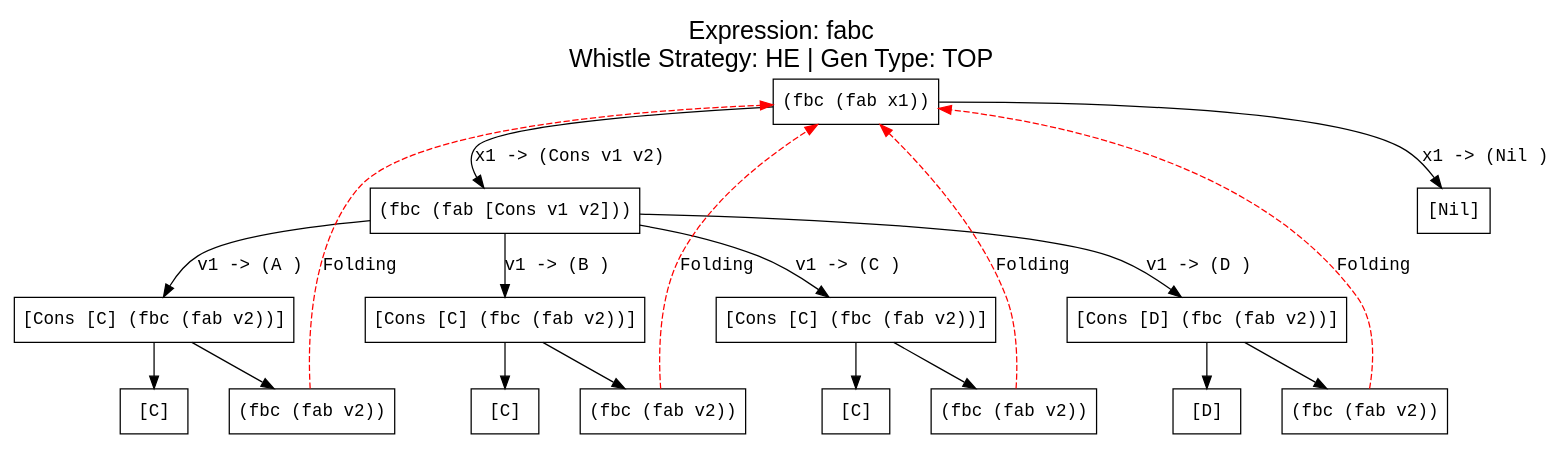
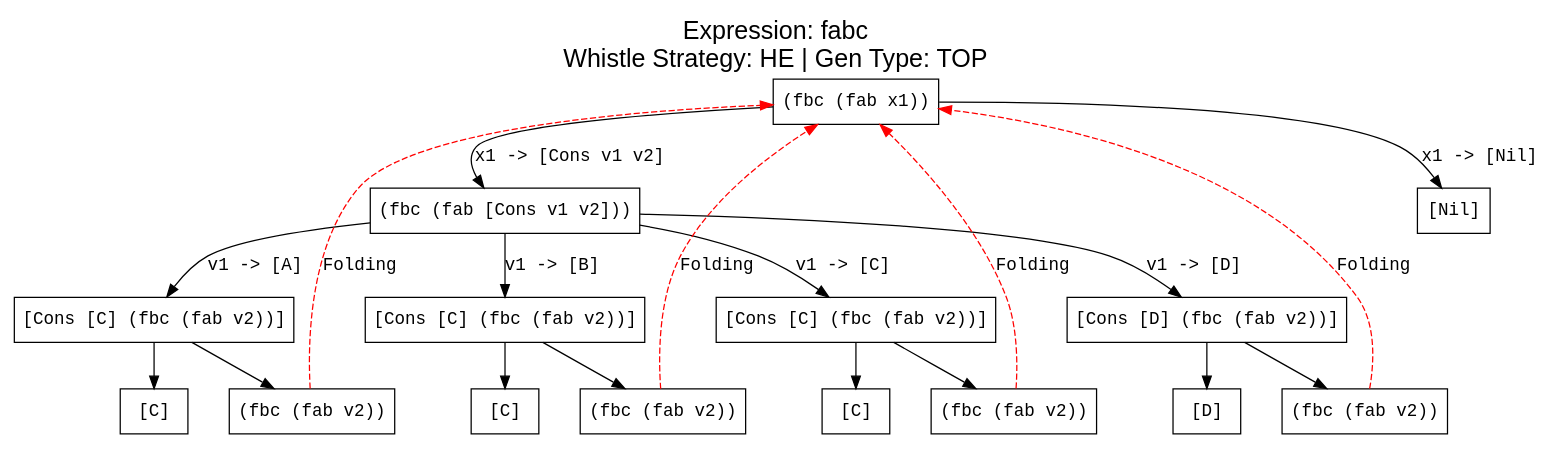
Before and after one commit to makezh/coursework_supercompiler: the diagram in output/test4/he_fabc.dot, drawn with Graphviz. The commit also changed 6 other files, not shown here.

```diff
--- a/output/test4/he_fabc.dot
+++ b/output/test4/he_fabc.dot
@@ -1,42 +1,42 @@
 digraph ProcessTree {
   label="Expression: fabc\nWhistle Strategy: HE | Gen Type: TOP";
   labelloc="t";
   fontsize=20;
   fontname="Arial";
 
     node [fontname="Courier New"];
     edge [fontname="Courier New"];
     n0 [label="(fbc (fab x1))", shape=box];
-    n0 -> n1 [label="x1 -> (Cons v1 v2)"];
-    n0 -> n2 [label="x1 -> (Nil )"];
+    n0 -> n1 [label="x1 -> [Cons v1 v2]"];
+    n0 -> n2 [label="x1 -> [Nil]"];
     n1 [label="(fbc (fab [Cons v1 v2]))", shape=box];
-    n1 -> n3 [label="v1 -> (A )"];
-    n1 -> n4 [label="v1 -> (B )"];
-    n1 -> n5 [label="v1 -> (C )"];
-    n1 -> n6 [label="v1 -> (D )"];
+    n1 -> n3 [label="v1 -> [A]"];
+    n1 -> n4 [label="v1 -> [B]"];
+    n1 -> n5 [label="v1 -> [C]"];
+    n1 -> n6 [label="v1 -> [D]"];
     n2 [label="[Nil]", shape=box];
     n3 [label="[Cons [C] (fbc (fab v2))]", shape=box];
     n3 -> n7 [label=""];
     n3 -> n8 [label=""];
     n4 [label="[Cons [C] (fbc (fab v2))]", shape=box];
     n4 -> n9 [label=""];
     n4 -> n10 [label=""];
     n5 [label="[Cons [C] (fbc (fab v2))]", shape=box];
     n5 -> n11 [label=""];
     n5 -> n12 [label=""];
     n6 [label="[Cons [D] (fbc (fab v2))]", shape=box];
     n6 -> n13 [label=""];
     n6 -> n14 [label=""];
     n7 [label="[C]", shape=box];
     n8 [label="(fbc (fab v2))", shape=box];
     n8 -> n0 [style=dashed, color=red, label="Folding"];
     n9 [label="[C]", shape=box];
     n10 [label="(fbc (fab v2))", shape=box];
     n10 -> n0 [style=dashed, color=red, label="Folding"];
     n11 [label="[C]", shape=box];
     n12 [label="(fbc (fab v2))", shape=box];
     n12 -> n0 [style=dashed, color=red, label="Folding"];
     n13 [label="[D]", shape=box];
     n14 [label="(fbc (fab v2))", shape=box];
     n14 -> n0 [style=dashed, color=red, label="Folding"];
 }
```
